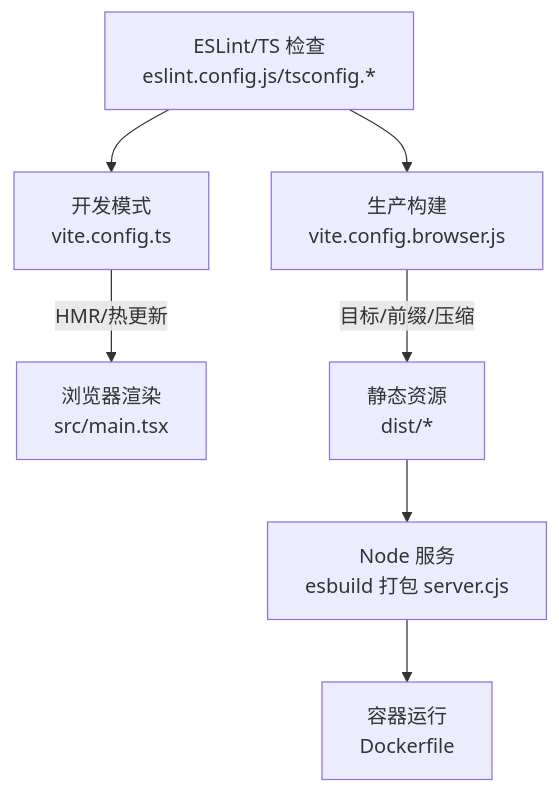
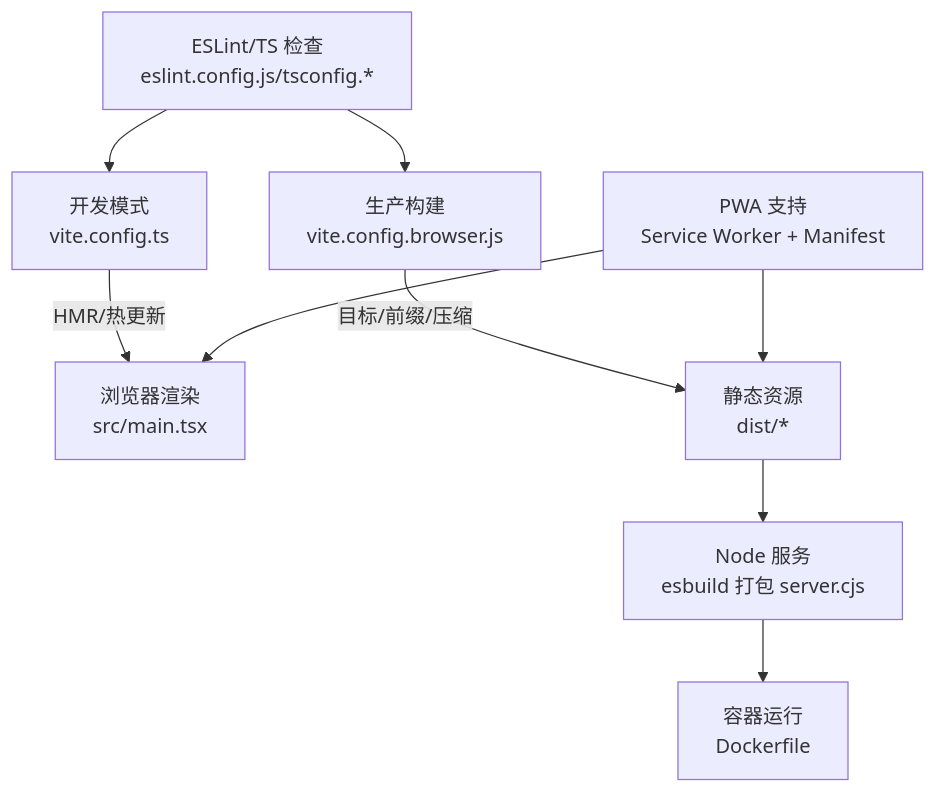
The second of 10 diagrams in .qoder/repowiki/zh/content/前端应用/构建与优化.md (dgjin/smart-data-analytics), drawn with Mermaid before and after one commit. The commit also changed other lines of this file and 146 other files, not shown here.

````diff
--- a/.qoder/repowiki/zh/content/前端应用/构建与优化.md
+++ b/.qoder/repowiki/zh/content/前端应用/构建与优化.md
@@ -111,9 +153,11 @@
 ```mermaid
 flowchart TD
 Dev["开发模式<br/>vite.config.ts"] --> |HMR/热更新| AppDev["浏览器渲染<br/>src/main.tsx"]
 Build["生产构建<br/>vite.config.browser.js"] --> |目标/前缀/压缩| Bundle["静态资源<br/>dist/*"]
 Bundle --> Server["Node 服务<br/>esbuild 打包 server.cjs"]
 Server --> Deploy["容器运行<br/>Dockerfile"]
 Lint["ESLint/TS 检查<br/>eslint.config.js/tsconfig.*"] --> Dev
 Lint --> Build
+PWA["PWA 支持<br/>Service Worker + Manifest"] --> AppDev
+PWA --> Bundle
 ```
````
